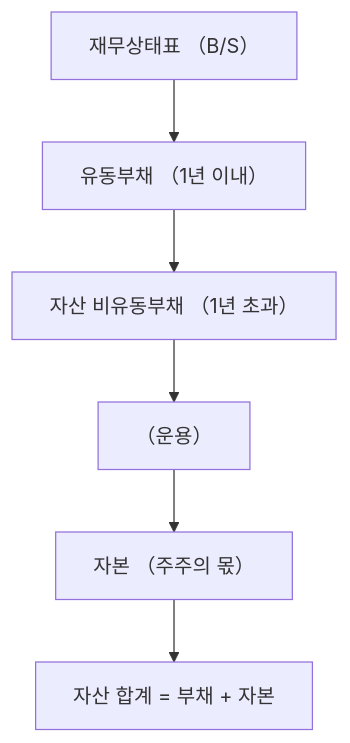
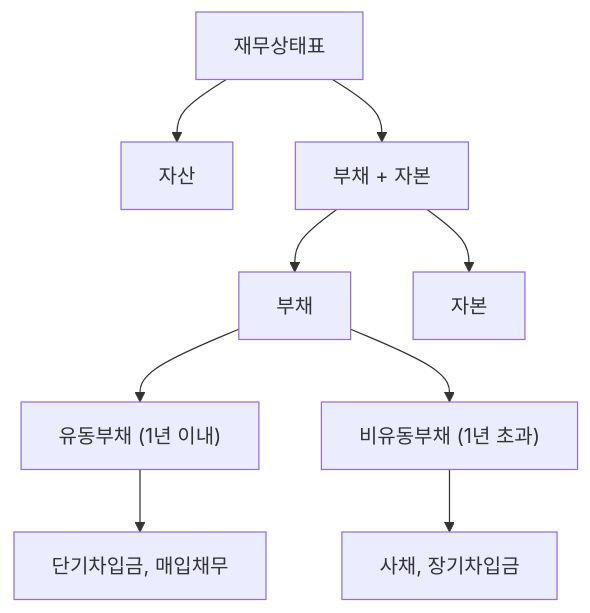
Before and after one commit to yeongseon/stock-visual-note: the diagram in content/stock-terms/ko/level-03-financial-statements/liabilities.md, drawn with Mermaid. The commit also changed other lines of this file and 96 other files, not shown here.

Commit message:
Rewrite all 98 remaining articles: branching Mermaid diagrams, natural search_intent, compelling seo_titles, clean descriptions

````diff
--- a/content/stock-terms/ko/level-03-financial-statements/liabilities.md
+++ b/content/stock-terms/ko/level-03-financial-statements/liabilities.md
@@ -39,14 +39,12 @@
 ```mermaid
 graph TD
-    N0["재무상태표 （B/S）"]
-    N1["유동부채 （1년 이내）"]
-    N2["자산 비유동부채 （1년 초과）"]
-    N3["（운용）"]
-    N4["자본 （주주의 몫）"]
-    N5["자산 합계 = 부채 + 자본"]
-    N0 --> N1
-    N1 --> N2
-    N2 --> N3
-    N3 --> N4
-    N4 --> N5
+    A["재무상태표"]
+    A --> B["자산"]
+    A --> C["부채 + 자본"]
+    C --> D["부채"]
+    C --> E["자본"]
+    D --> F["유동부채 (1년 이내)"]
+    D --> G["비유동부채 (1년 초과)"]
+    F --> H["단기차입금, 매입채무"]
+    G --> I["사채, 장기차입금"]
 ```
````
